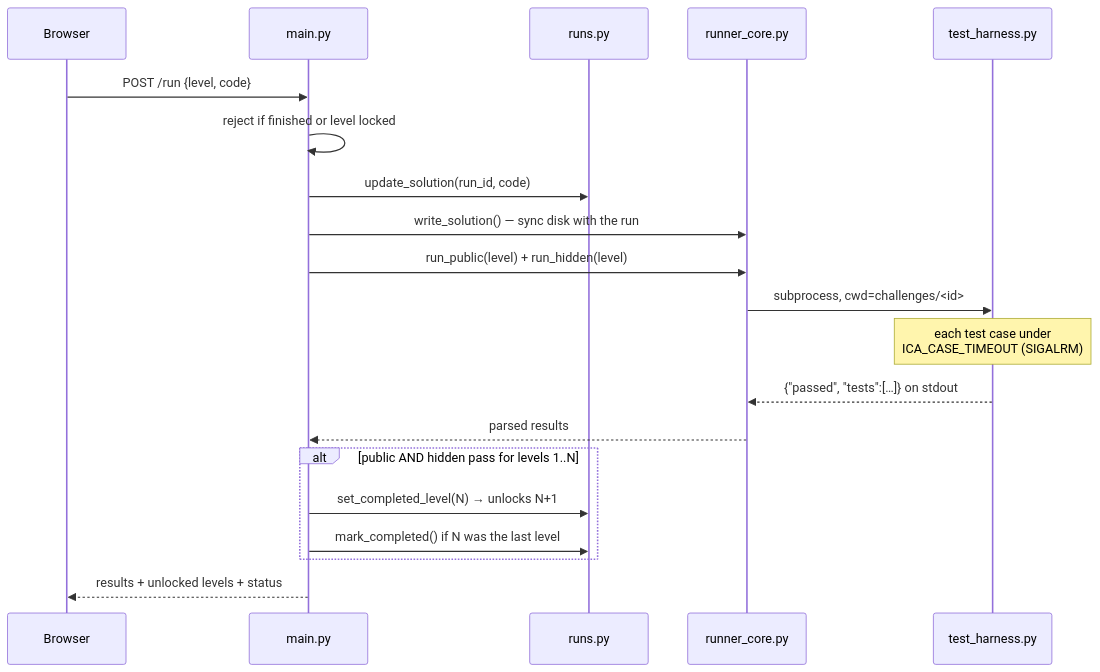
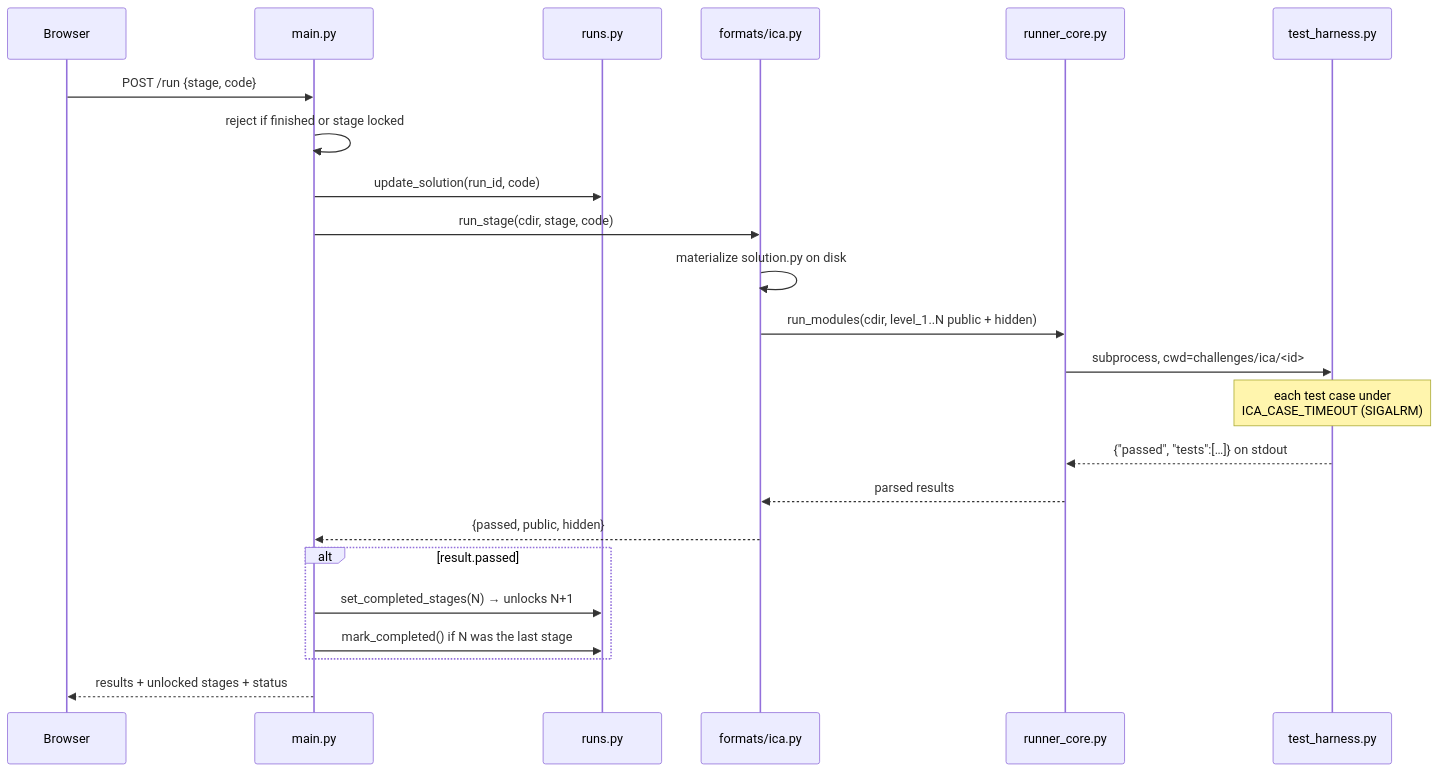
Before and after one commit to evertoncastro/CodeReps: the second of 4 diagrams in COMPONENTS.md, drawn with Mermaid. The commit also changed other lines of this file and 76 other files, not shown here.

````diff
--- a/COMPONENTS.md
+++ b/COMPONENTS.md
@@ -61,23 +64,26 @@
 ```mermaid
 sequenceDiagram
     participant U as Browser
     participant A as main.py
     participant R as runs.py
+    participant F as formats/ica.py
     participant C as runner_core.py
     participant H as test_harness.py
 
-    U->>A: POST /run {level, code}
-    A->>A: reject if finished or level locked
+    U->>A: POST /run {stage, code}
+    A->>A: reject if finished or stage locked
     A->>R: update_solution(run_id, code)
-    A->>C: write_solution() — sync disk with the run
-    A->>C: run_public(level) + run_hidden(level)
-    C->>H: subprocess, cwd=challenges/<id>
+    A->>F: run_stage(cdir, stage, code)
+    F->>F: materialize solution.py on disk
+    F->>C: run_modules(cdir, level_1..N public + hidden)
+    C->>H: subprocess, cwd=challenges/ica/<id>
     Note over H: each test case under<br/>ICA_CASE_TIMEOUT (SIGALRM)
     H-->>C: {"passed", "tests":[…]} on stdout
-    C-->>A: parsed results
-    alt public AND hidden pass for levels 1..N
-        A->>R: set_completed_level(N) → unlocks N+1
-        A->>R: mark_completed() if N was the last level
+    C-->>F: parsed results
+    F-->>A: {passed, public, hidden}
+    alt result.passed
+        A->>R: set_completed_stages(N) → unlocks N+1
+        A->>R: mark_completed() if N was the last stage
     end
-    A-->>U: results + unlocked levels + status
+    A-->>U: results + unlocked stages + status
 ```
````
